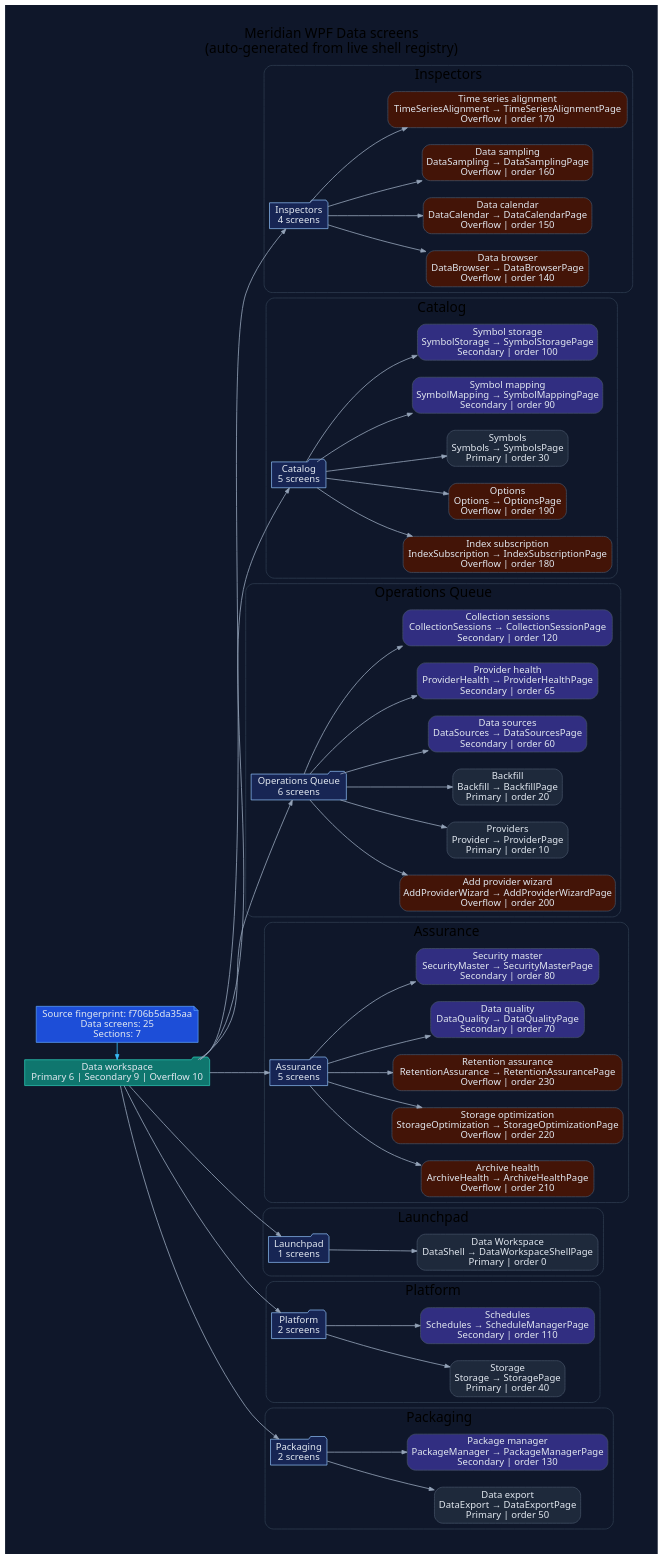
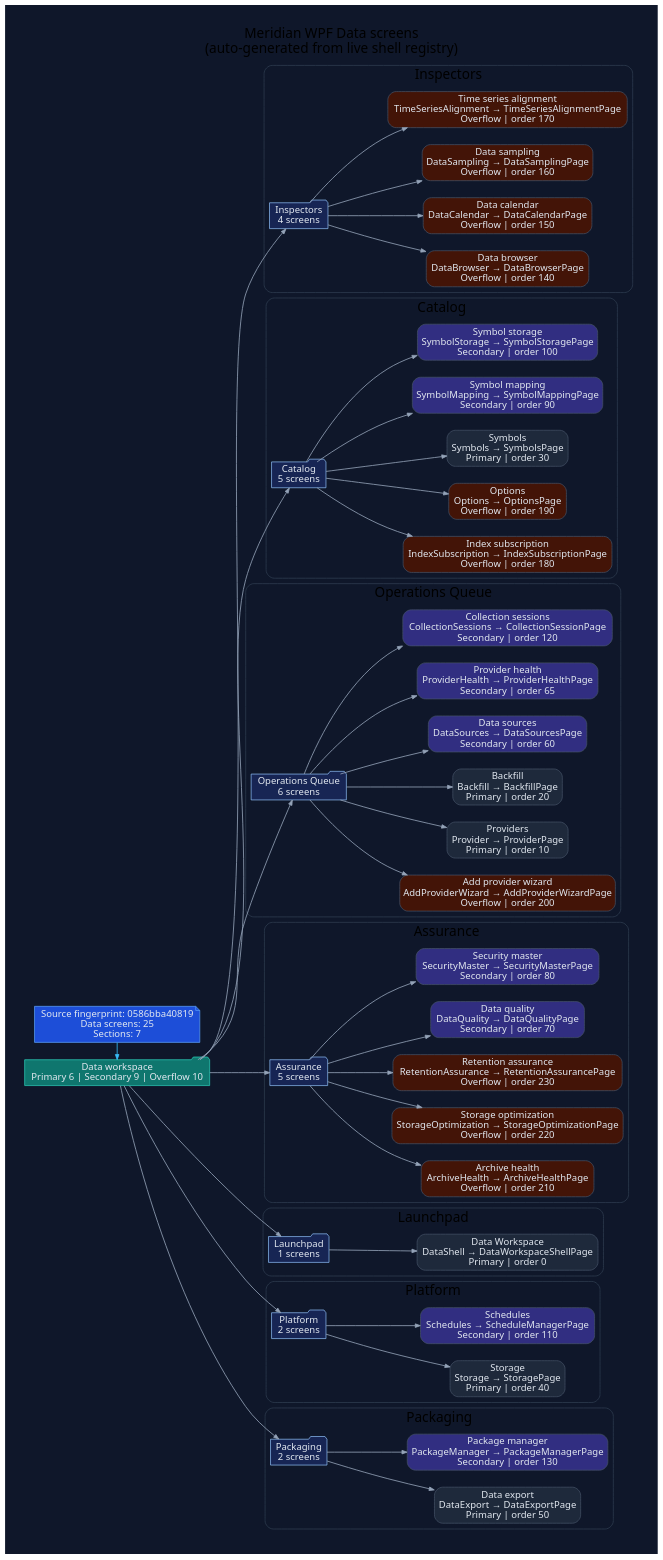
One commit to rodoHasArrived/Meridian-main changed the diagram in docs/diagrams/ui-wpf-screens-data.dot. Above: the diagram before and after it, drawn with Graphviz. The commit also changed 21 other files, not shown here.

First line of the commit message:
Regenerate UI diagrams for the changed WPF source fingerprint

```diff
--- a/docs/diagrams/ui-wpf-screens-data.dot
+++ b/docs/diagrams/ui-wpf-screens-data.dot
@@ -1,132 +1,132 @@
 // -----------------------------------------------------------------------------
 // <auto-generated>
 // Generated by scripts/generate-diagrams.mjs.
 // Do not edit this file directly; update the WPF source files instead.
 // -----------------------------------------------------------------------------
 digraph WpfDataScreens {
   graph [
     rankdir=LR,
     labelloc=t,
     label="Meridian WPF Data screens\n(auto-generated from live shell registry)",
     fontname="Segoe UI",
     fontsize=20,
     pad=0.4,
     nodesep=0.35,
     ranksep=0.85,
     bgcolor="#0f172a"
   ];
   node [fontname="Segoe UI", shape=box, style="rounded,filled", color="#475569", fontcolor="#e2e8f0", fillcolor="#1e293b"];
   edge [fontname="Segoe UI", color="#94a3b8", penwidth=1.2, arrowsize=0.75];
 
-  generated [shape=note, fillcolor="#1d4ed8", color="#60a5fa", label="Source fingerprint: f706b5da35aa\nData screens: 25\nSections: 7"];
+  generated [shape=note, fillcolor="#1d4ed8", color="#60a5fa", label="Source fingerprint: 0586bba40819\nData screens: 25\nSections: 7"];
   workspace [shape=folder, fillcolor="#0f766e", color="#2dd4bf", label="Data workspace\nPrimary 6 | Secondary 9 | Overflow 10"];
   generated -> workspace [color="#38bdf8"];
 
   subgraph cluster_section_1 {
     label="Inspectors";
     color="#334155";
     style="rounded";
     section_1 [shape=folder, fillcolor="#172554", color="#93c5fd", label="Inspectors\n4 screens"];
     workspace -> section_1;
     screen_DataBrowser [fillcolor="#431407", label="Data browser\nDataBrowser → DataBrowserPage\nOverflow | order 140"];
     section_1 -> screen_DataBrowser;
     screen_DataCalendar [fillcolor="#431407", label="Data calendar\nDataCalendar → DataCalendarPage\nOverflow | order 150"];
     section_1 -> screen_DataCalendar;
     screen_DataSampling [fillcolor="#431407", label="Data sampling\nDataSampling → DataSamplingPage\nOverflow | order 160"];
     section_1 -> screen_DataSampling;
     screen_TimeSeriesAlignment [fillcolor="#431407", label="Time series alignment\nTimeSeriesAlignment → TimeSeriesAlignmentPage\nOverflow | order 170"];
     section_1 -> screen_TimeSeriesAlignment;
   }
 
   subgraph cluster_section_2 {
     label="Catalog";
     color="#334155";
     style="rounded";
     section_2 [shape=folder, fillcolor="#172554", color="#93c5fd", label="Catalog\n5 screens"];
     workspace -> section_2;
     screen_IndexSubscription [fillcolor="#431407", label="Index subscription\nIndexSubscription → IndexSubscriptionPage\nOverflow | order 180"];
     section_2 -> screen_IndexSubscription;
     screen_Options [fillcolor="#431407", label="Options\nOptions → OptionsPage\nOverflow | order 190"];
     section_2 -> screen_Options;
     screen_Symbols [fillcolor="#1e293b", label="Symbols\nSymbols → SymbolsPage\nPrimary | order 30"];
     section_2 -> screen_Symbols;
     screen_SymbolMapping [fillcolor="#312e81", label="Symbol mapping\nSymbolMapping → SymbolMappingPage\nSecondary | order 90"];
     section_2 -> screen_SymbolMapping;
     screen_SymbolStorage [fillcolor="#312e81", label="Symbol storage\nSymbolStorage → SymbolStoragePage\nSecondary | order 100"];
     section_2 -> screen_SymbolStorage;
   }
 
   subgraph cluster_section_3 {
     label="Operations Queue";
     color="#334155";
     style="rounded";
     section_3 [shape=folder, fillcolor="#172554", color="#93c5fd", label="Operations Queue\n6 screens"];
     workspace -> section_3;
     screen_AddProviderWizard [fillcolor="#431407", label="Add provider wizard\nAddProviderWizard → AddProviderWizardPage\nOverflow | order 200"];
     section_3 -> screen_AddProviderWizard;
     screen_Provider [fillcolor="#1e293b", label="Providers\nProvider → ProviderPage\nPrimary | order 10"];
     section_3 -> screen_Provider;
     screen_Backfill [fillcolor="#1e293b", label="Backfill\nBackfill → BackfillPage\nPrimary | order 20"];
     section_3 -> screen_Backfill;
     screen_DataSources [fillcolor="#312e81", label="Data sources\nDataSources → DataSourcesPage\nSecondary | order 60"];
     section_3 -> screen_DataSources;
     screen_ProviderHealth [fillcolor="#312e81", label="Provider health\nProviderHealth → ProviderHealthPage\nSecondary | order 65"];
     section_3 -> screen_ProviderHealth;
     screen_CollectionSessions [fillcolor="#312e81", label="Collection sessions\nCollectionSessions → CollectionSessionPage\nSecondary | order 120"];
     section_3 -> screen_CollectionSessions;
   }
 
   subgraph cluster_section_4 {
     label="Assurance";
     color="#334155";
     style="rounded";
     section_4 [shape=folder, fillcolor="#172554", color="#93c5fd", label="Assurance\n5 screens"];
     workspace -> section_4;
     screen_ArchiveHealth [fillcolor="#431407", label="Archive health\nArchiveHealth → ArchiveHealthPage\nOverflow | order 210"];
     section_4 -> screen_ArchiveHealth;
     screen_StorageOptimization [fillcolor="#431407", label="Storage optimization\nStorageOptimization → StorageOptimizationPage\nOverflow | order 220"];
     section_4 -> screen_StorageOptimization;
     screen_RetentionAssurance [fillcolor="#431407", label="Retention assurance\nRetentionAssurance → RetentionAssurancePage\nOverflow | order 230"];
     section_4 -> screen_RetentionAssurance;
     screen_DataQuality [fillcolor="#312e81", label="Data quality\nDataQuality → DataQualityPage\nSecondary | order 70"];
     section_4 -> screen_DataQuality;
     screen_SecurityMaster [fillcolor="#312e81", label="Security master\nSecurityMaster → SecurityMasterPage\nSecondary | order 80"];
     section_4 -> screen_SecurityMaster;
   }
 
   subgraph cluster_section_5 {
     label="Launchpad";
     color="#334155";
     style="rounded";
     section_5 [shape=folder, fillcolor="#172554", color="#93c5fd", label="Launchpad\n1 screens"];
     workspace -> section_5;
     screen_DataShell [fillcolor="#1e293b", label="Data Workspace\nDataShell → DataWorkspaceShellPage\nPrimary | order 0"];
     section_5 -> screen_DataShell;
   }
 
   subgraph cluster_section_6 {
     label="Platform";
     color="#334155";
     style="rounded";
     section_6 [shape=folder, fillcolor="#172554", color="#93c5fd", label="Platform\n2 screens"];
     workspace -> section_6;
     screen_Storage [fillcolor="#1e293b", label="Storage\nStorage → StoragePage\nPrimary | order 40"];
     section_6 -> screen_Storage;
     screen_Schedules [fillcolor="#312e81", label="Schedules\nSchedules → ScheduleManagerPage\nSecondary | order 110"];
     section_6 -> screen_Schedules;
   }
 
   subgraph cluster_section_7 {
     label="Packaging";
     color="#334155";
     style="rounded";
     section_7 [shape=folder, fillcolor="#172554", color="#93c5fd", label="Packaging\n2 screens"];
     workspace -> section_7;
     screen_DataExport [fillcolor="#1e293b", label="Data export\nDataExport → DataExportPage\nPrimary | order 50"];
     section_7 -> screen_DataExport;
     screen_PackageManager [fillcolor="#312e81", label="Package manager\nPackageManager → PackageManagerPage\nSecondary | order 130"];
     section_7 -> screen_PackageManager;
   }
 
   { rank=min; generated; workspace; }
 }
```
